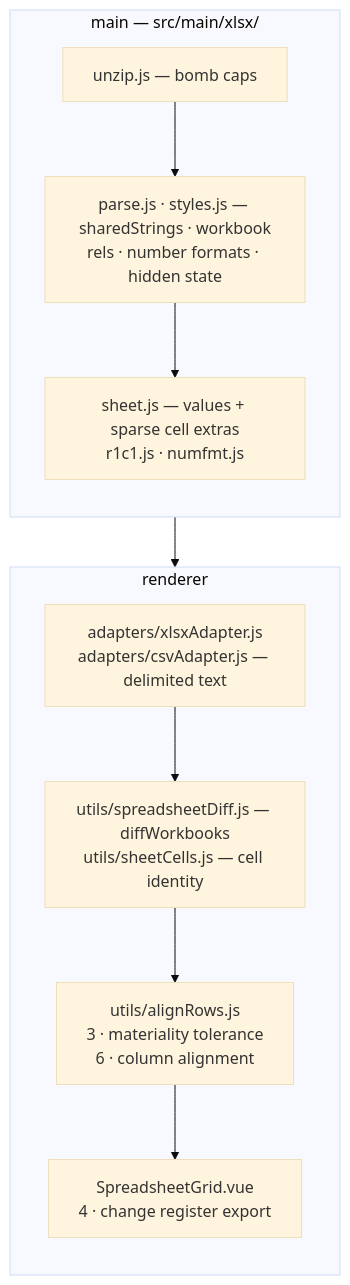
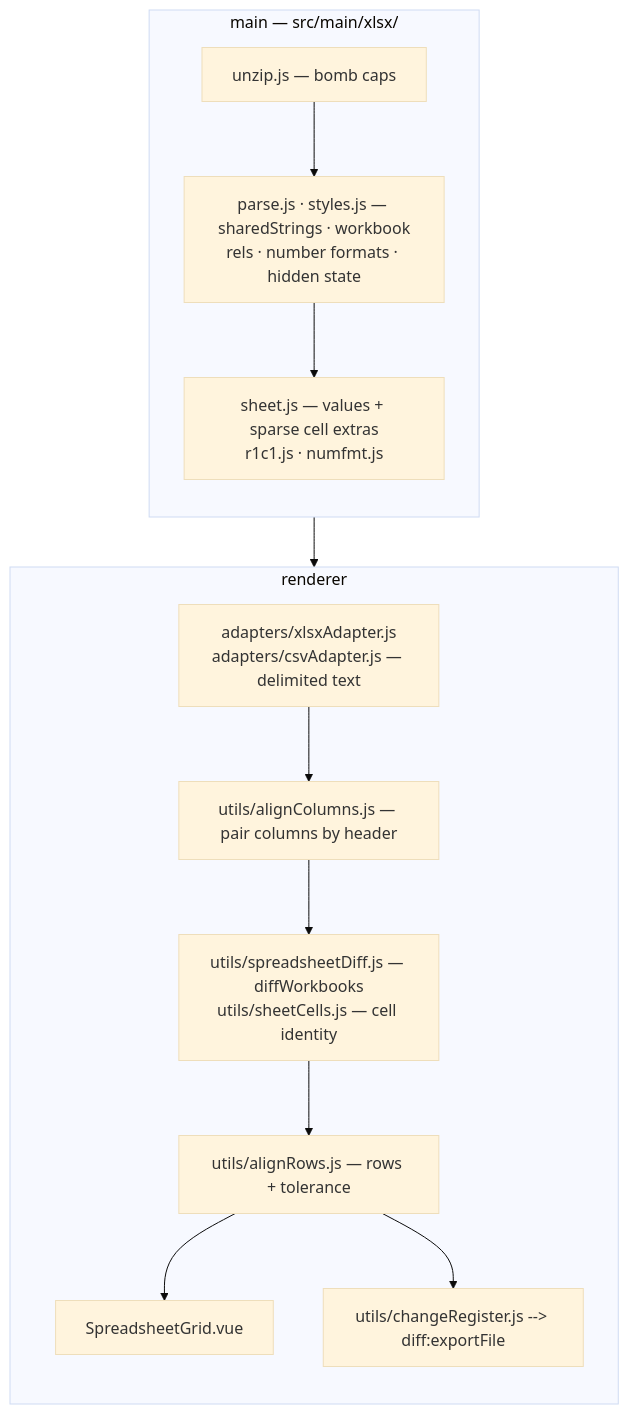
The first of 4 diagrams in docs/roadmap.md (mindaugaskasp/diff-bro), drawn with Mermaid (base theme) before and after one commit. The commit also changed other lines of this file and 30 other files, not shown here.

First line of the commit message:
feat(spreadsheet): align columns, forgive rounding noise, export the changes

````diff
--- a/docs/roadmap.md
+++ b/docs/roadmap.md
@@ -13,18 +15,20 @@
 ```mermaid
 flowchart TB
   subgraph mainp["main — src/main/xlsx/"]
     direction TB
     z["unzip.js — bomb caps"]
     p["parse.js · styles.js — sharedStrings · workbook<br>rels · number formats · hidden state"]
     sh["sheet.js — values + sparse cell extras<br>r1c1.js · numfmt.js"]
     z --> p
     p --> sh
   end
   sh --> ad["adapters/xlsxAdapter.js<br>adapters/csvAdapter.js — delimited text"]
   subgraph rend["renderer"]
     direction TB
-    ad --> dw["utils/spreadsheetDiff.js — diffWorkbooks<br>utils/sheetCells.js — cell identity"]
-    dw --> al["utils/alignRows.js<br>3 · materiality tolerance<br>6 · column alignment"]
-    al --> g["SpreadsheetGrid.vue<br>4 · change register export"]
+    ad --> ac["utils/alignColumns.js — pair columns by header"]
+    ac --> dw["utils/spreadsheetDiff.js — diffWorkbooks<br>utils/sheetCells.js — cell identity"]
+    dw --> al["utils/alignRows.js — rows + tolerance"]
+    al --> g["SpreadsheetGrid.vue"]
+    al --> cr["utils/changeRegister.js --> diff:exportFile"]
   end
 ```
````
